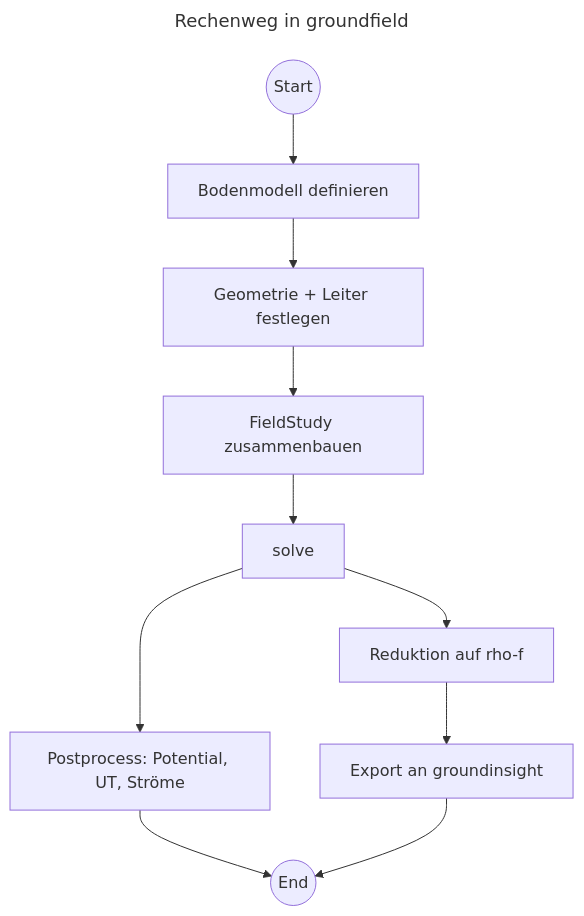
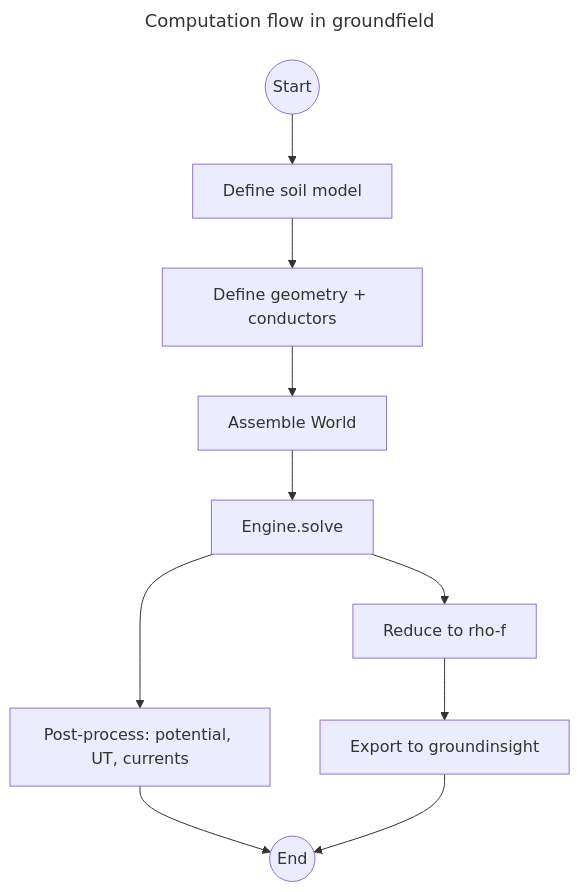
One commit to Ce1ectric/groundfield changed the diagram in docs/index.md. Above: the diagram before and after it, drawn with Mermaid. The commit also changed other lines of this file and 159 other files, not shown here.

````diff
--- a/docs/index.md
+++ b/docs/index.md
@@ -27,25 +27,25 @@
 ```mermaid
 ---
-title: Rechenweg in groundfield
+title: Computation flow in groundfield
 ---
 flowchart TD
     start((Start))
-    soil[Bodenmodell definieren]
-    geom[Geometrie + Leiter festlegen]
-    study[FieldStudy zusammenbauen]
-    solve[solve]
-    post[Postprocess: Potential, UT, Ströme]
-    reduce[Reduktion auf rho-f]
-    export[Export an groundinsight]
+    soil[Define soil model]
+    geom[Define geometry + conductors]
+    world[Assemble World]
+    solve[Engine.solve]
+    post[Post-process: potential, UT, currents]
+    reduce[Reduce to rho-f]
+    export[Export to groundinsight]
     finish((End))
 
     start --> soil
     soil --> geom
-    geom --> study
-    study --> solve
+    geom --> world
+    world --> solve
     solve --> post
     solve --> reduce
     reduce --> export
     post --> finish
     export --> finish
 ```
````
